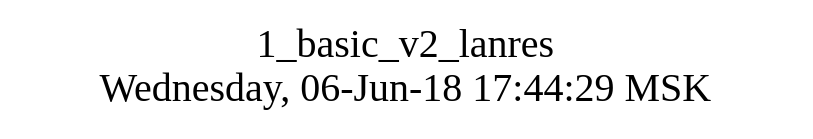
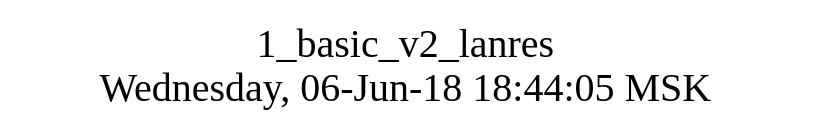
The diagram in src/basic/1_basic_v2_lanres/struct.dot (AplaProject/apps), drawn with Graphviz before and after one commit. The commit also changed 11 other files, not shown here.

```diff
--- a/src/basic/1_basic_v2_lanres/struct.dot
+++ b/src/basic/1_basic_v2_lanres/struct.dot
@@ -1,10 +1,10 @@
 digraph G {
 graph [
   fontsize="24";
-  label="1_basic_v2_lanres\nWednesday, 06-Jun-18 17:44:29 MSK";
+  label="1_basic_v2_lanres\nWednesday, 06-Jun-18 18:44:05 MSK";
   nojustify=true;
   ordering=out;
   rankdir=LR;
   size="30";
 ];
 }
```
